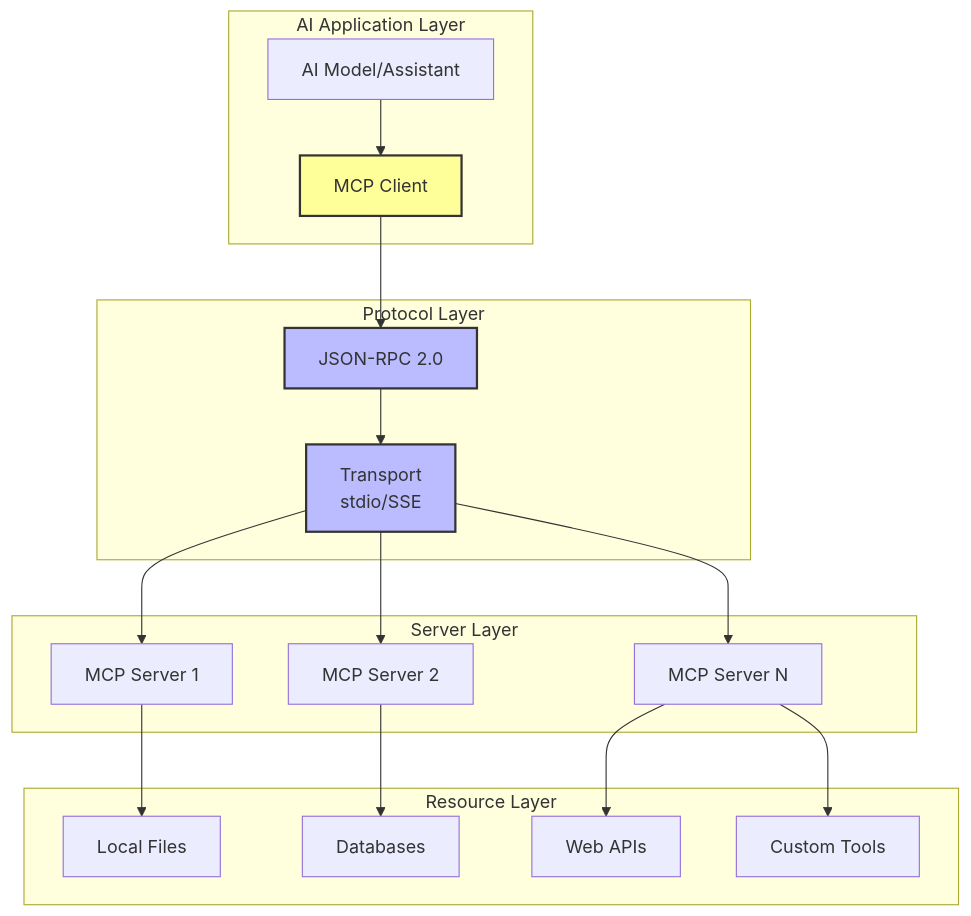
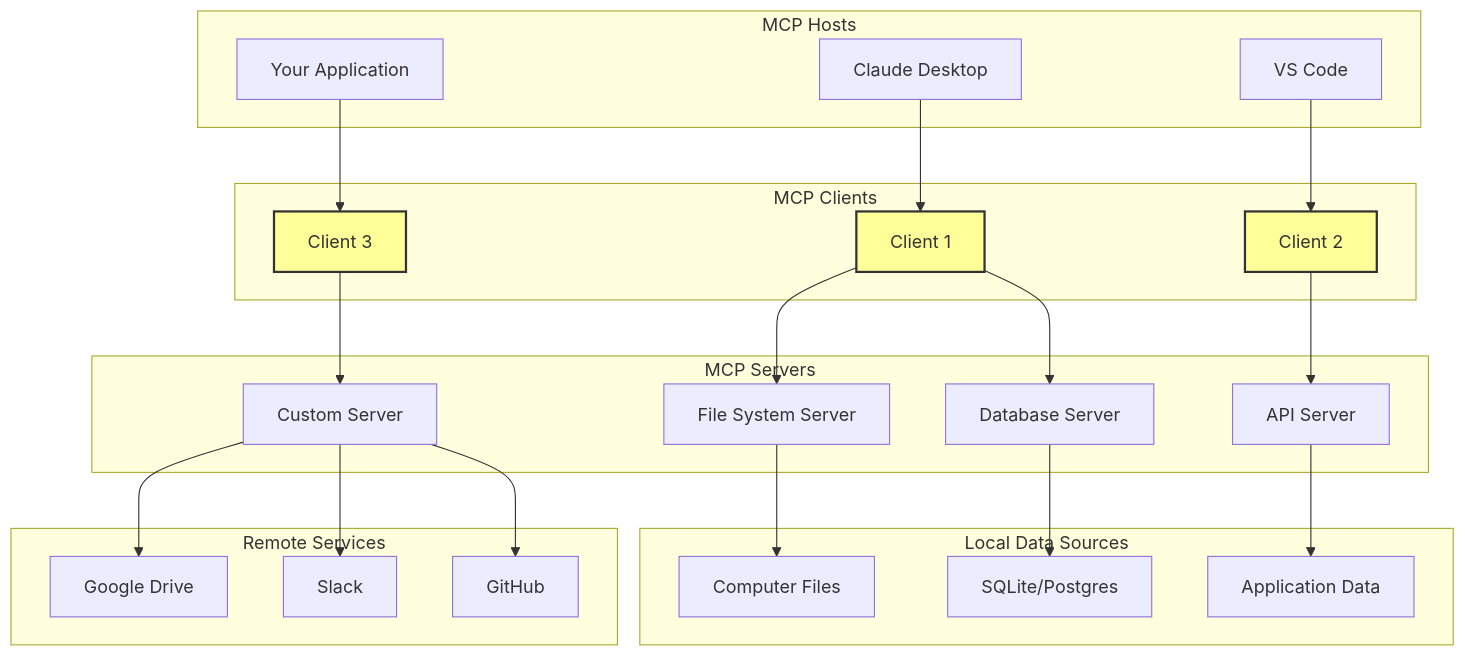
The second of 28 diagrams in reading_materials/MCP_MODEL_CONTEXT_PROTOCOL.md (nikspatel007/workshop-agents), drawn with Mermaid before and after one commit. The commit also changed other lines of this file and 1 other file, not shown here.

Commit message:
Update MCP and A2A documentation with official website information
- Updated MCP architecture diagram to reflect official 5-component model:
  - MCP Hosts, Clients, Servers, Local Data Sources, Remote Services
- Clarified MCP as "USB-C port for AI applications" per official site
- Updated A2A with official positioning as protocol to "break down silos"
- Added official multi-framework diagram showing LangGraph, CrewAI, Semantic Kernel
- Emphasized complementary nature: MCP for vertical (tools), A2A for horizontal (agents)
- Both protocols now reflect Linux Foundation involvement and official descriptions

Sources:
- https://modelcontextprotocol.io/introduction
- https://a2a-protocol.org/latest/

🤖 Generated with [Claude Code](https://claude.ai/code)

````diff
--- a/reading_materials/MCP_MODEL_CONTEXT_PROTOCOL.md
+++ b/reading_materials/MCP_MODEL_CONTEXT_PROTOCOL.md
@@ -58,40 +60,53 @@
 ```mermaid
 graph TD
-    subgraph "AI Application Layer"
-        A[AI Model/Assistant]
-        B[MCP Client]
+    subgraph "MCP Hosts"
+        A[Claude Desktop]
+        B[VS Code]
+        C[Your Application]
     end
     
-    subgraph "Protocol Layer"
-        C[JSON-RPC 2.0]
-        D[Transport<br/>stdio/SSE]
+    subgraph "MCP Clients"
+        D[Client 1]
+        E[Client 2]
+        F[Client 3]
     end
     
-    subgraph "Server Layer"
-        E[MCP Server 1]
-        F[MCP Server 2]
-        G[MCP Server N]
+    subgraph "MCP Servers"
+        G[File System Server]
+        H[Database Server]
+        I[API Server]
+        J[Custom Server]
     end
     
-    subgraph "Resource Layer"
-        H[Local Files]
-        I[Databases]
-        J[Web APIs]
-        K[Custom Tools]
+    subgraph "Local Data Sources"
+        K[Computer Files]
+        L[SQLite/Postgres]
+        M[Application Data]
     end
     
-    A --> B
-    B --> C
-    C --> D
-    D --> E
-    D --> F
+    subgraph "Remote Services"
+        N[Google Drive]
+        O[Slack]
+        P[GitHub]
+    end
+    
+    A --> D
+    B --> E
+    C --> F
+    
     D --> G
-    E --> H
-    F --> I
-    G --> J
+    D --> H
+    E --> I
+    F --> J
+    
     G --> K
+    H --> L
+    I --> M
+    J --> N
+    J --> O
+    J --> P
     
-    style B fill:#ff9,stroke:#333,stroke-width:2px
-    style C fill:#bbf,stroke:#333,stroke-width:2px
-    style D fill:#bbf,stroke:#333,stroke-width:2px
+    style D fill:#ff9,stroke:#333,stroke-width:2px
+    style E fill:#ff9,stroke:#333,stroke-width:2px
+    style F fill:#ff9,stroke:#333,stroke-width:2px
 ```
````
